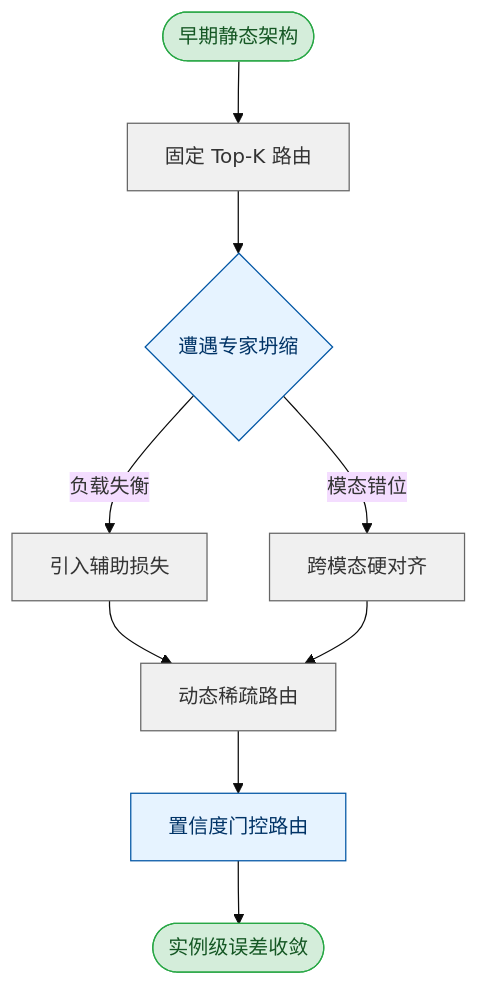
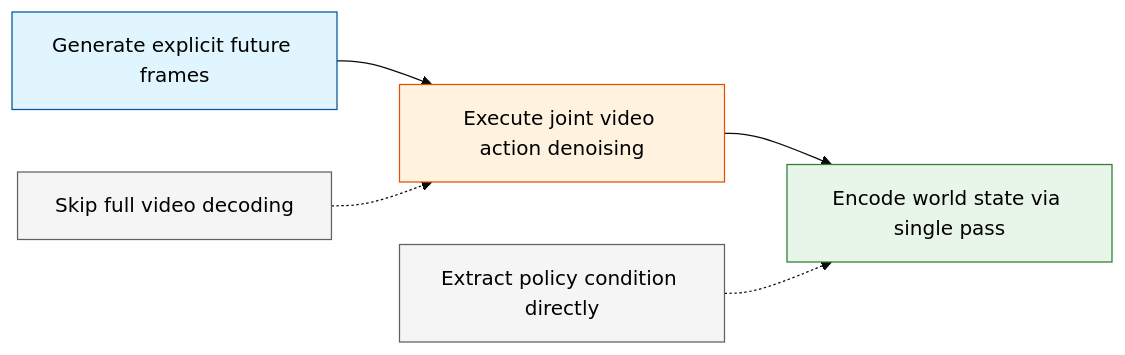
Before and after one commit to ShinewineW/paper-rolling: the sixth of 10 diagrams in person_vault/2026-06-08_FastWAM_2603.16666/report.md, drawn with Mermaid (base theme). The commit also changed other lines of this file and 51 other files, not shown here.

````diff
--- a/person_vault/2026-06-08_FastWAM_2603.16666/report.md
+++ b/person_vault/2026-06-08_FastWAM_2603.16666/report.md
@@ -278,19 +376,12 @@
 ```mermaid
-flowchart TD
-    classDef legacy fill:#f0f0f0,stroke:#666,color:#333;
-    classDef pivot fill:#e6f3ff,stroke:#0055a4,color:#003366;
-    classDef current fill:#d4edda,stroke:#28a745,color:#155724;
-    
-    start_node(["早期静态架构"]) --> fixed_routing["固定 Top-K 路由"]
-    fixed_routing --> collapse_check{遭遇专家坍缩}
-    collapse_check -->|负载失衡| aux_loss["引入辅助损失"]
-    collapse_check -->|模态错位| hard_align["跨模态硬对齐"]
-    aux_loss --> dynamic_sparse["动态稀疏路由"]
-    hard_align --> dynamic_sparse
-    dynamic_sparse --> confidence_gate["置信度门控路由"]
-    confidence_gate --> instance_converge(["实例级误差收敛"])
-    
-    class start_node,instance_converge current;
-    class fixed_routing,aux_loss,hard_align,dynamic_sparse legacy;
-    class collapse_check,confidence_gate pivot;
+flowchart LR
+    classDef gen fill:#e1f5fe,stroke:#01579b,color:#000;
+    classDef joint fill:#fff3e0,stroke:#e65100,color:#000;
+    classDef fast fill:#e8f5e9,stroke:#2e7d32,color:#000;
+    classDef note fill:#f5f5f5,stroke:#616161,color:#000;
+
+    explicit_gen["Generate explicit future frames"]:::gen --> joint_denoise["Execute joint video action denoising"]:::joint
+    joint_denoise --> implicit_enc["Encode world state via single pass"]:::fast
+    skip_decode["Skip full video decoding"]:::note -.-> joint_denoise
+    single_pass["Extract policy condition directly"]:::note -.-> implicit_enc
 ```
````
